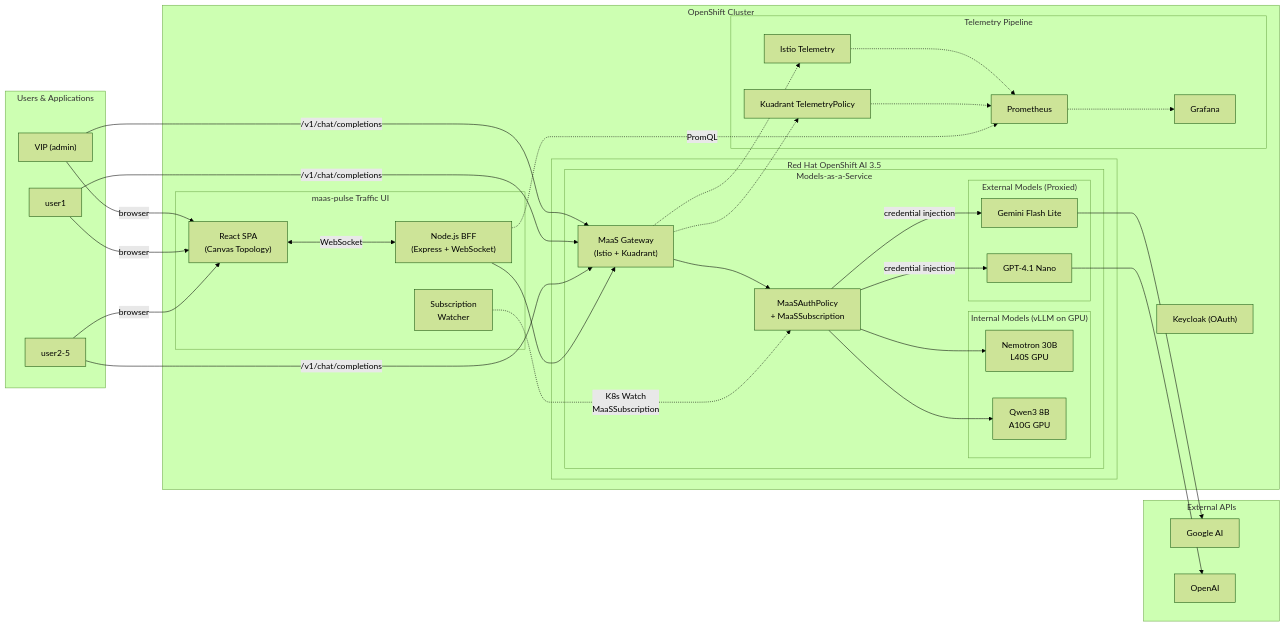
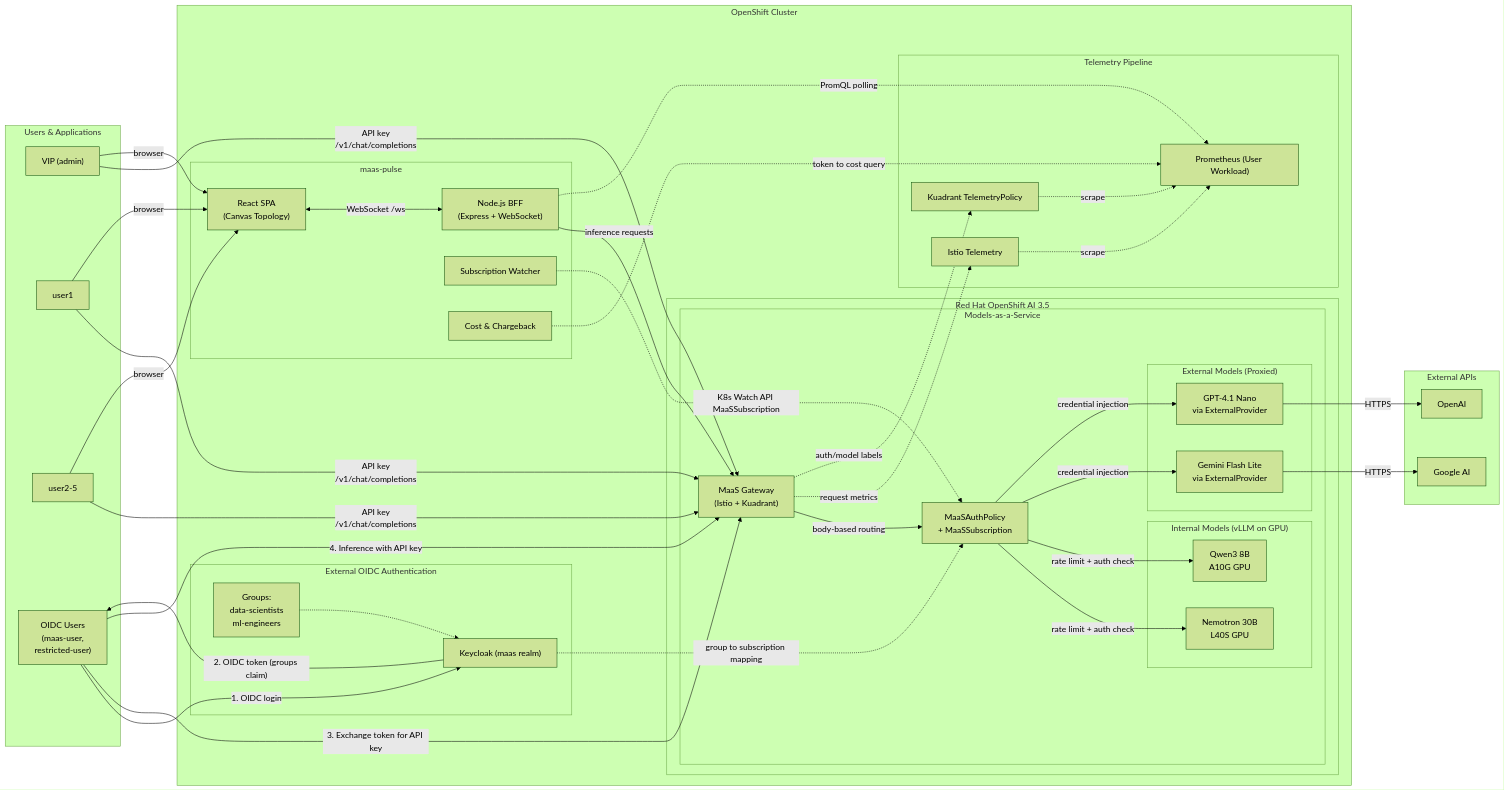
Before and after one commit to Sheryl-shiyi/maas-pulse: the first of 3 diagrams in README.md, drawn with Mermaid (forest theme). The commit also changed other lines of this file, not shown here.

Commit message:
Update README with architecture diagrams, Cost & Chargeback, and OIDC documentation

````diff
--- a/README.md
+++ b/README.md
@@ -47,61 +49,75 @@
 ```mermaid
 graph LR
     subgraph Users["Users & Applications"]
         U1["VIP (admin)"]
         U2["user1"]
         U3["user2-5"]
+        U4["OIDC Users<br/>(maas-user,<br/>restricted-user)"]
     end
 
     subgraph OCP["OpenShift Cluster"]
         subgraph RHOAI["Red Hat OpenShift AI 3.5"]
             subgraph MaaS["Models-as-a-Service"]
                 GW["MaaS Gateway<br/>(Istio + Kuadrant)"]
                 AUTH["MaaSAuthPolicy<br/>+ MaaSSubscription"]
                 subgraph InternalModels["Internal Models (vLLM on GPU)"]
                     M1["Nemotron 30B<br/>L40S GPU"]
                     M2["Qwen3 8B<br/>A10G GPU"]
                 end
                 subgraph ExternalModels["External Models (Proxied)"]
-                    M3["Gemini Flash Lite"]
-                    M4["GPT-4.1 Nano"]
+                    M3["Gemini Flash Lite<br/>via ExternalProvider"]
+                    M4["GPT-4.1 Nano<br/>via ExternalProvider"]
                 end
             end
         end
 
         subgraph Telemetry["Telemetry Pipeline"]
             ISTIO["Istio Telemetry"]
             KTP["Kuadrant TelemetryPolicy"]
-            PROM["Prometheus"]
-            GRAF["Grafana"]
+            PROM["Prometheus (User Workload)"]
         end
 
-        subgraph TrafficUI["maas-pulse Traffic UI"]
+        subgraph TrafficUI["maas-pulse"]
             BFF["Node.js BFF<br/>(Express + WebSocket)"]
             SPA["React SPA<br/>(Canvas Topology)"]
-            WATCH["Subscription<br/>Watcher"]
+            WATCH["Subscription Watcher"]
+            COST["Cost & Chargeback"]
         end
 
-        KC["Keycloak (OAuth)"]
+        subgraph OIDC["External OIDC Authentication"]
+            KC["Keycloak (maas realm)"]
+            REALM["Groups:<br/>data-scientists<br/>ml-engineers"]
+        end
     end
 
     subgraph ExtAPIs["External APIs"]
         GOOGLE["Google AI"]
         OPENAI["OpenAI"]
     end
 
-    U1 & U2 & U3 -->|"/v1/chat/completions"| GW
-    GW --> AUTH
-    AUTH --> M1 & M2
+    U1 & U2 & U3 -->|"API key<br/>/v1/chat/completions"| GW
+    U4 -->|"1. OIDC login"| KC
+    KC -->|"2. OIDC token (groups claim)"| U4
+    U4 -->|"3. Exchange token for API key"| GW
+    U4 -->|"4. Inference with API key"| GW
+
+    GW -->|"body-based routing"| AUTH
+    AUTH -->|"rate limit + auth check"| M1 & M2
     AUTH -->|"credential injection"| M3 & M4
-    M3 --> GOOGLE
-    M4 --> OPENAI
+    M3 -->|"HTTPS"| GOOGLE
+    M4 -->|"HTTPS"| OPENAI
 
-    GW -.-> ISTIO & KTP
-    ISTIO & KTP -.-> PROM -.-> GRAF
+    KC -.->|"group to subscription mapping"| AUTH
+    REALM -.-> KC
 
-    BFF --> GW
-    BFF -.->|"PromQL"| PROM
-    WATCH -.->|"K8s Watch<br/>MaaSSubscription"| AUTH
-    SPA <-->|"WebSocket"| BFF
+    GW -.->|"request metrics"| ISTIO
+    GW -.->|"auth/model labels"| KTP
+    ISTIO & KTP -.->|"scrape"| PROM
+
+    BFF -->|"inference requests"| GW
+    BFF -.->|"PromQL polling"| PROM
+    COST -.->|"token to cost query"| PROM
+    WATCH -.->|"K8s Watch API MaaSSubscription"| AUTH
+    SPA <-->|"WebSocket /ws"| BFF
     U1 & U2 & U3 -->|"browser"| SPA
 ```
````
